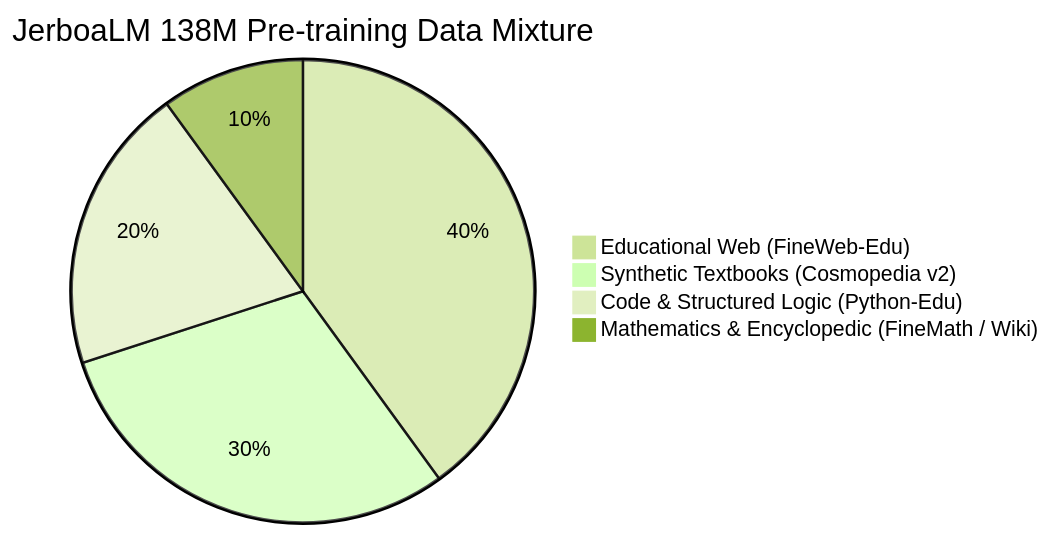
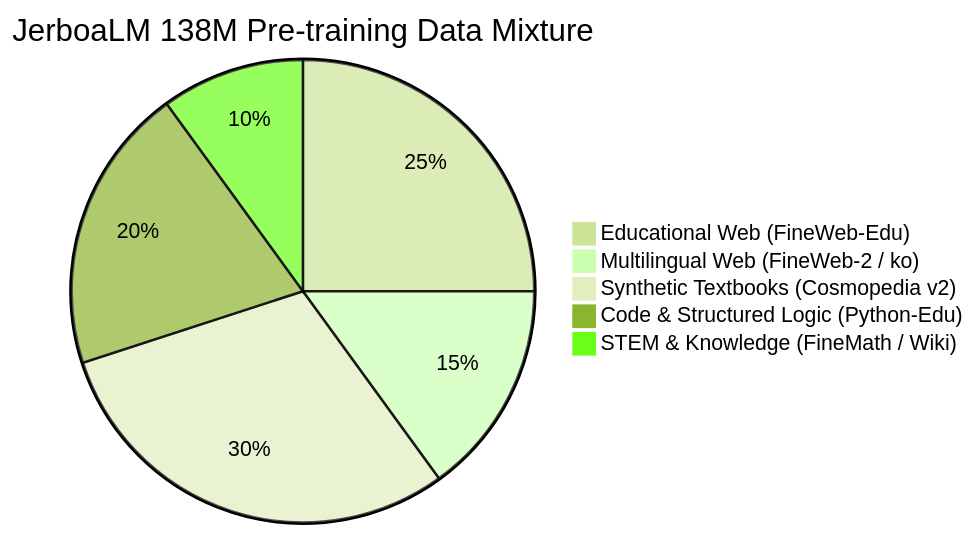
The first of 2 diagrams in docs/pretrain_data_plan.md (ztor2/jerboa), drawn with Mermaid (forest theme) before and after one commit. The commit also changed other lines of this file, not shown here.

````diff
--- a/docs/pretrain_data_plan.md
+++ b/docs/pretrain_data_plan.md
@@ -45,7 +45,8 @@
 ```mermaid
 pie title JerboaLM 138M Pre-training Data Mixture
-    "Educational Web (FineWeb-Edu)" : 40
+    "Educational Web (FineWeb-Edu)" : 25
+    "Multilingual Web (FineWeb-2 / ko)" : 15
     "Synthetic Textbooks (Cosmopedia v2)" : 30
     "Code & Structured Logic (Python-Edu)" : 20
-    "Mathematics & Encyclopedic (FineMath / Wiki)" : 10
+    "STEM & Knowledge (FineMath / Wiki)" : 10
 ```
````
